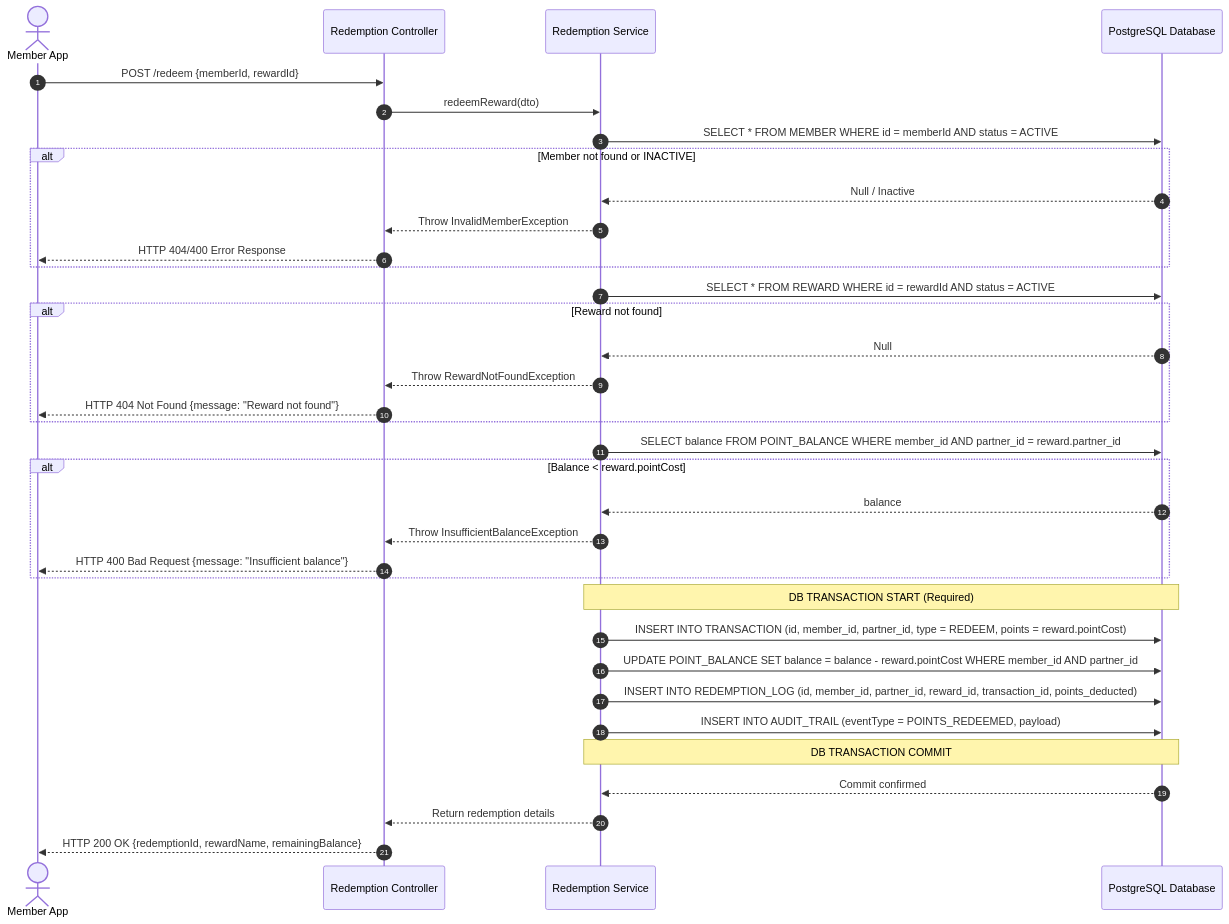
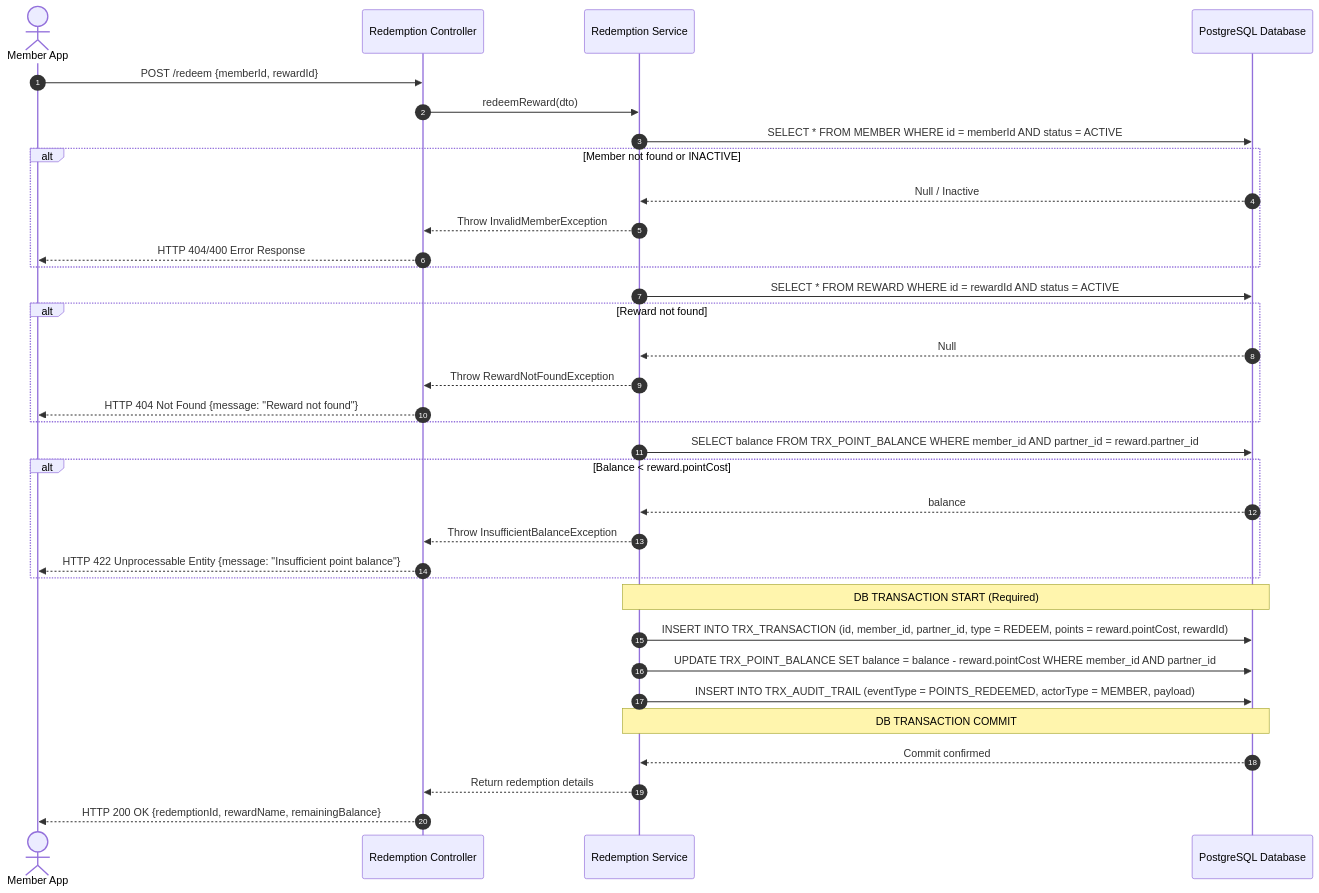
Before and after one commit to jtnqr/JDT-17-LOYALTY: diagram 19 of 23 in bpmn.md, drawn with Mermaid. The commit also changed other lines of this file and 2 other files, not shown here.

First line of the commit message:
docs: update flow-process, erd, and bpmn diagrams

````diff
--- a/bpmn.md
+++ b/bpmn.md
@@ -464,45 +465,44 @@
 ```mermaid
 sequenceDiagram
     autonumber
     actor Member as Member App
     participant API as Redemption Controller
     participant Service as Redemption Service
     participant DB as PostgreSQL Database
 
     Member->>API: POST /redeem {memberId, rewardId}
     API->>Service: redeemReward(dto)
 
     Service->>DB: SELECT * FROM MEMBER WHERE id = memberId AND status = ACTIVE
     alt Member not found or INACTIVE
         DB-->>Service: Null / Inactive
         Service-->>API: Throw InvalidMemberException
         API-->>Member: HTTP 404/400 Error Response
     end
 
     Service->>DB: SELECT * FROM REWARD WHERE id = rewardId AND status = ACTIVE
     alt Reward not found
         DB-->>Service: Null
         Service-->>API: Throw RewardNotFoundException
         API-->>Member: HTTP 404 Not Found {message: "Reward not found"}
     end
 
-    Service->>DB: SELECT balance FROM POINT_BALANCE WHERE member_id AND partner_id = reward.partner_id
+    Service->>DB: SELECT balance FROM TRX_POINT_BALANCE WHERE member_id AND partner_id = reward.partner_id
     alt Balance < reward.pointCost
         DB-->>Service: balance
         Service-->>API: Throw InsufficientBalanceException
-        API-->>Member: HTTP 400 Bad Request {message: "Insufficient balance"}
+        API-->>Member: HTTP 422 Unprocessable Entity {message: "Insufficient point balance"}
     end
 
     Note over Service, DB: DB TRANSACTION START (Required)
 
-    Service->>DB: INSERT INTO TRANSACTION (id, member_id, partner_id, type = REDEEM, points = reward.pointCost)
-    Service->>DB: UPDATE POINT_BALANCE SET balance = balance - reward.pointCost WHERE member_id AND partner_id
-    Service->>DB: INSERT INTO REDEMPTION_LOG (id, member_id, partner_id, reward_id, transaction_id, points_deducted)
-    Service->>DB: INSERT INTO AUDIT_TRAIL (eventType = POINTS_REDEEMED, payload)
+    Service->>DB: INSERT INTO TRX_TRANSACTION (id, member_id, partner_id, type = REDEEM, points = reward.pointCost, rewardId)
+    Service->>DB: UPDATE TRX_POINT_BALANCE SET balance = balance - reward.pointCost WHERE member_id AND partner_id
+    Service->>DB: INSERT INTO TRX_AUDIT_TRAIL (eventType = POINTS_REDEEMED, actorType = MEMBER, payload)
 
     Note over Service, DB: DB TRANSACTION COMMIT
     DB-->>Service: Commit confirmed
 
     Service-->>API: Return redemption details
     API-->>Member: HTTP 200 OK {redemptionId, rewardName, remainingBalance}
 ```
````
